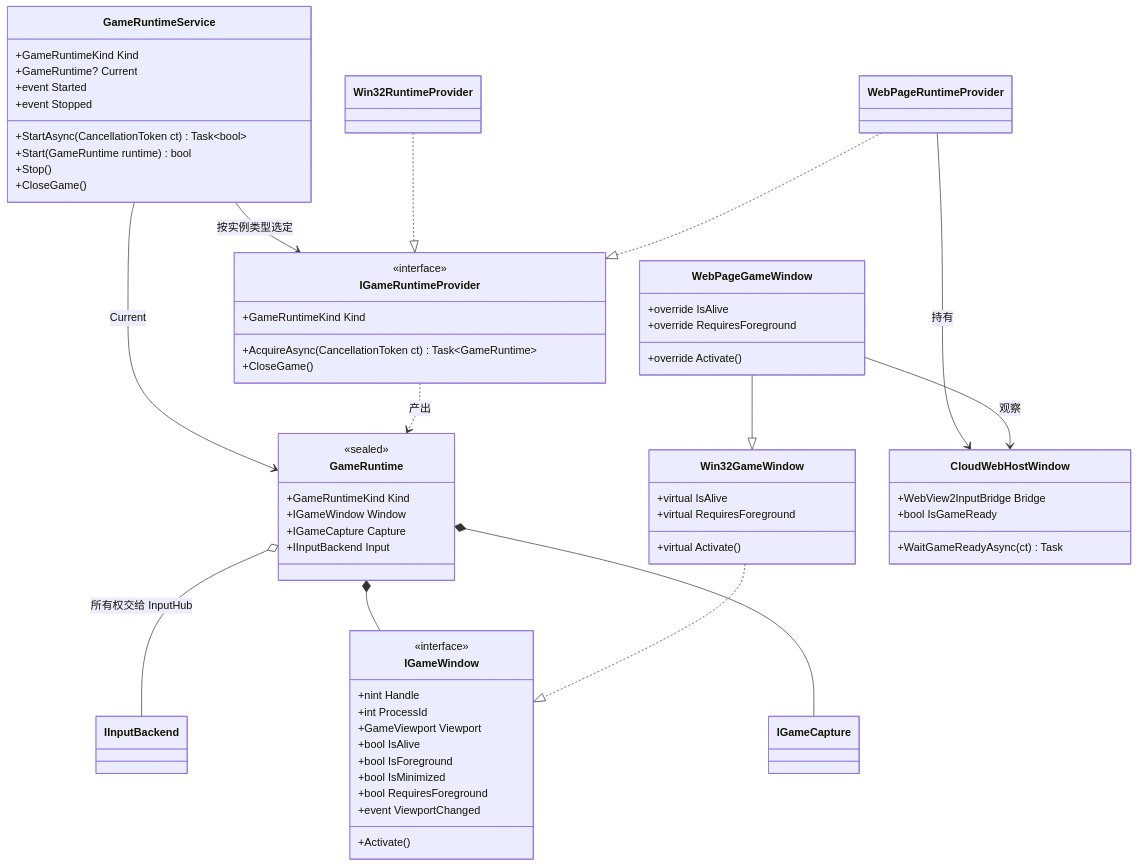
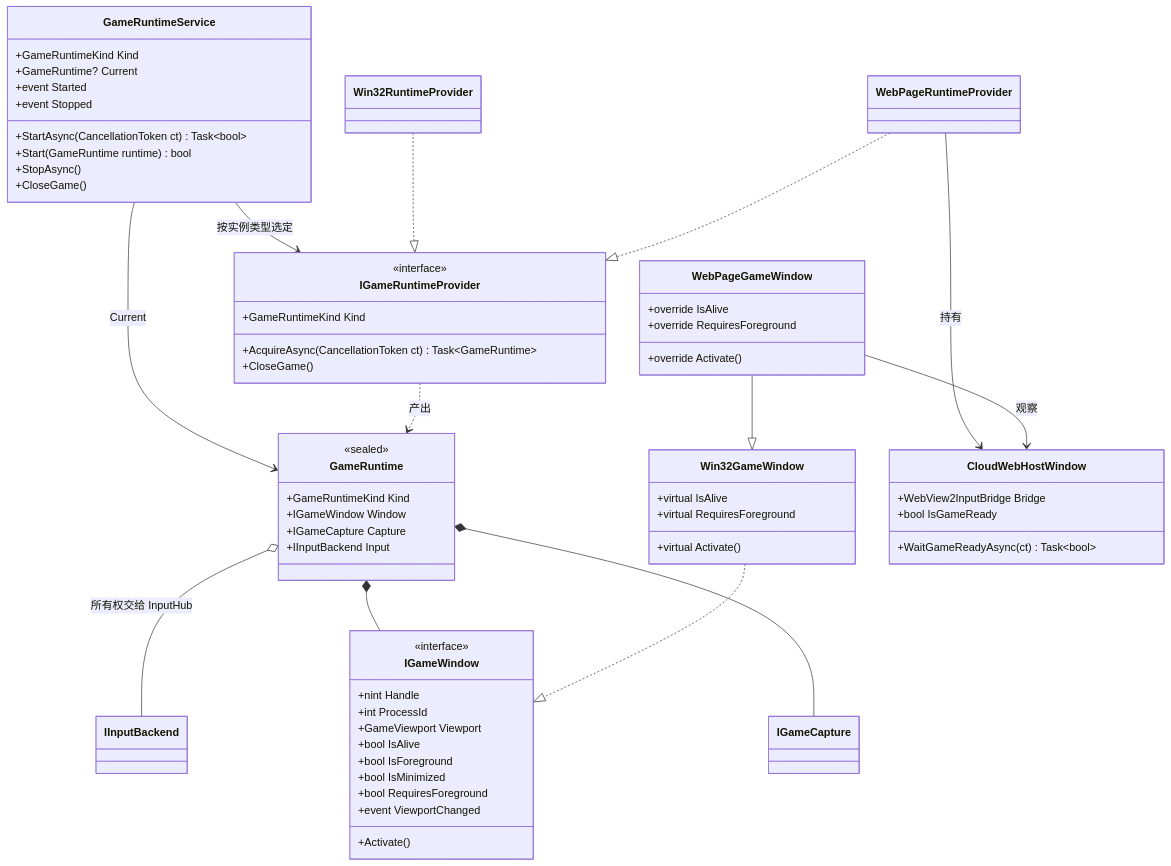
Before and after one commit to kaedelcb/better-genshin-impact: the diagram in Docs/design/game-runtime.md, drawn with Mermaid. The commit also changed other lines of this file and 34 other files, not shown here.

````diff
--- a/Docs/design/game-runtime.md
+++ b/Docs/design/game-runtime.md
@@ -134,74 +151,74 @@
 ```mermaid
 classDiagram
     direction TB
 
     class GameRuntimeService {
         +GameRuntimeKind Kind
         +GameRuntime? Current
         +StartAsync(CancellationToken ct) Task~bool~
         +Start(GameRuntime runtime) bool
-        +Stop()
+        +StopAsync()
         +CloseGame()
         +event Started
         +event Stopped
     }
 
     class IGameRuntimeProvider {
         <<interface>>
         +GameRuntimeKind Kind
         +AcquireAsync(CancellationToken ct) Task~GameRuntime~
         +CloseGame()
     }
 
     class GameRuntime {
         <<sealed>>
         +GameRuntimeKind Kind
         +IGameWindow Window
         +IGameCapture Capture
         +IInputBackend Input
     }
 
     class IGameWindow {
         <<interface>>
         +nint Handle
         +int ProcessId
         +GameViewport Viewport
         +bool IsAlive
         +bool IsForeground
         +bool IsMinimized
         +bool RequiresForeground
         +Activate()
         +event ViewportChanged
     }
 
     class Win32GameWindow {
         +virtual IsAlive
         +virtual RequiresForeground
         +virtual Activate()
     }
 
     class WebPageGameWindow {
         +override IsAlive
         +override RequiresForeground
         +override Activate()
     }
 
     class CloudWebHostWindow {
         +WebView2InputBridge Bridge
         +bool IsGameReady
-        +WaitGameReadyAsync(ct) Task
+        +WaitGameReadyAsync(ct) Task~bool~
     }
 
     GameRuntimeService --> IGameRuntimeProvider : 按实例类型选定
     GameRuntimeService --> GameRuntime : Current
     IGameRuntimeProvider ..> GameRuntime : 产出
     GameRuntime *-- IGameWindow
     GameRuntime *-- IGameCapture
     GameRuntime o-- IInputBackend : 所有权交给 InputHub
     Win32GameWindow ..|> IGameWindow
     WebPageGameWindow --|> Win32GameWindow
     Win32RuntimeProvider ..|> IGameRuntimeProvider
     WebPageRuntimeProvider ..|> IGameRuntimeProvider
     WebPageRuntimeProvider --> CloudWebHostWindow : 持有
     WebPageGameWindow --> CloudWebHostWindow : 观察
 ```
````
